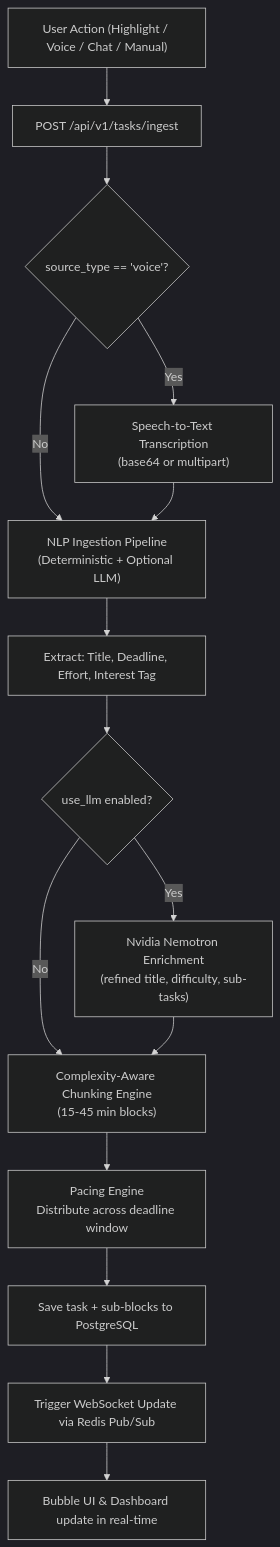
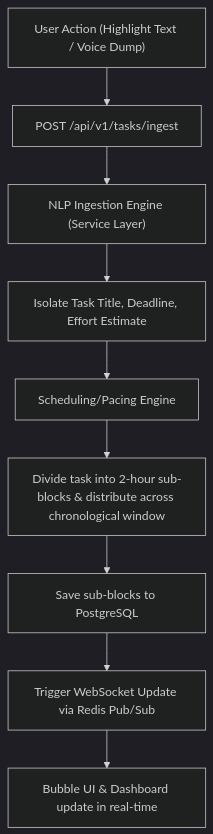
One commit to Momen959/Dopa_Pal changed the second of 5 diagrams in README.md. Above: the diagram before and after it, drawn with Mermaid (dark theme). The commit also changed other lines of this file and 26 other files, not shown here.

````diff
--- a/README.md
+++ b/README.md
@@ -416,17 +199,11 @@
 ```mermaid
 flowchart TD
-    Start["User Action (Highlight / Voice / Chat / Manual)"] --> Ingest["POST /api/v1/tasks/ingest"]
-    Ingest --> VoiceCheck{source_type == 'voice'?}
-    VoiceCheck -- Yes --> STT["Speech-to-Text Transcription<br/>(base64 or multipart)"]
-    VoiceCheck -- No --> Parser
-    STT --> Parser["NLP Ingestion Pipeline<br/>(Deterministic + Optional LLM)"]
-    Parser --> NLP["Extract: Title, Deadline, Effort, Interest Tag"]
-    NLP --> LLMCheck{use_llm enabled?}
-    LLMCheck -- Yes --> LLMEnrich["Nvidia Nemotron Enrichment<br/>(refined title, difficulty, sub-tasks)"]
-    LLMCheck -- No --> Chunk
-    LLMEnrich --> Chunk["Complexity-Aware Chunking Engine<br/>(15-45 min blocks)"]
-    Chunk --> Pacing["Pacing Engine<br/>Distribute across deadline window"]
-    Pacing --> DB["Save task + sub-blocks to PostgreSQL"]
+    Start["User Action (Highlight Text / Voice Dump)"] --> Ingest["POST /api/v1/tasks/ingest"]
+    Ingest --> Parser["NLP Ingestion Engine (Service Layer)"]
+    Parser --> NLP["Isolate Task Title, Deadline, Effort Estimate"]
+    NLP --> Pacing["Scheduling/Pacing Engine"]
+    Pacing --> Split["Divide task into 2-hour sub-blocks & distribute across chronological window"]
+    Split --> DB["Save sub-blocks to PostgreSQL"]
     DB --> WS["Trigger WebSocket Update via Redis Pub/Sub"]
     WS --> Client["Bubble UI & Dashboard update in real-time"]
 ```
````
